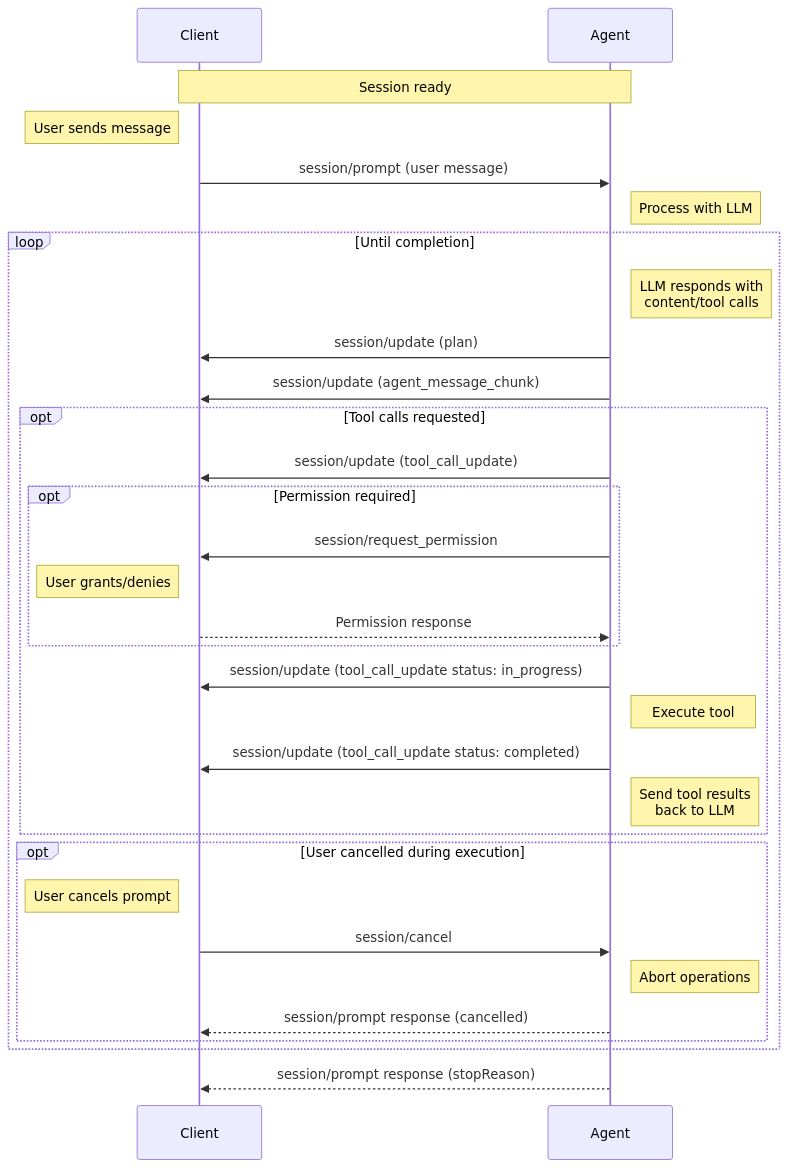
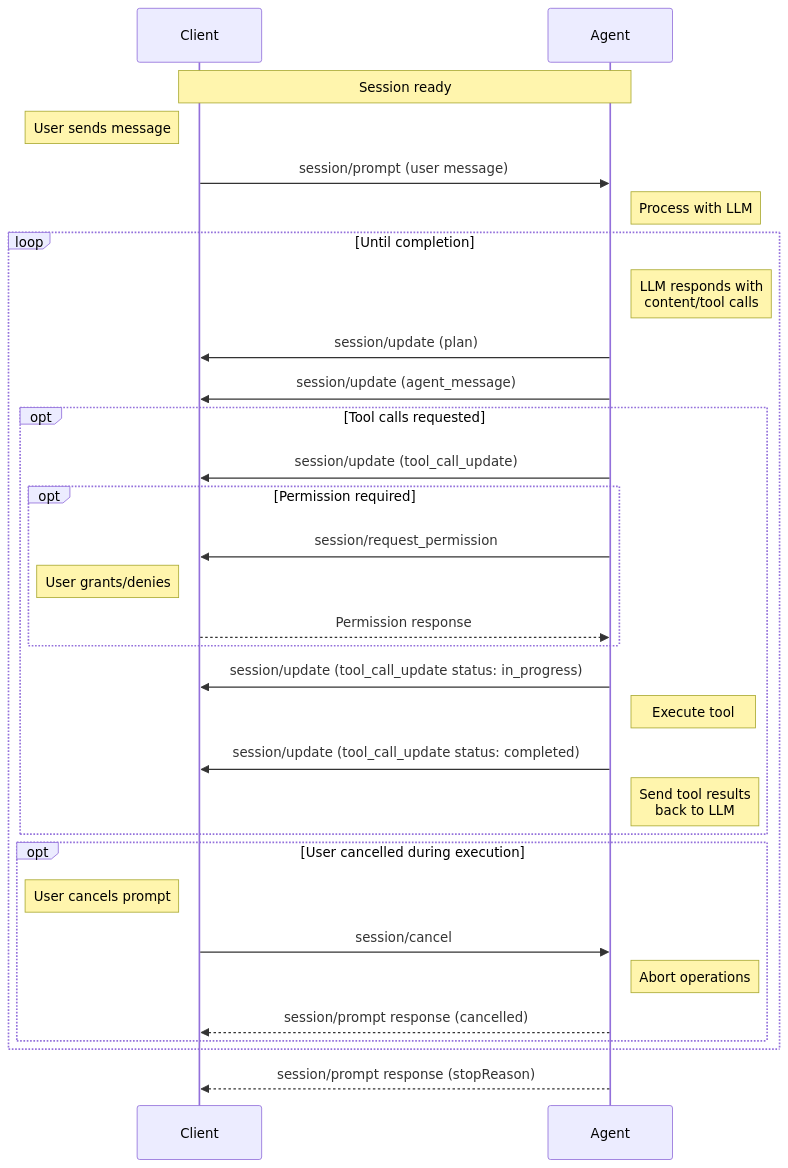
Before and after one commit to dayanruben/agent-client-protocol: the diagram in docs/protocol/v2/draft/prompt-turn.mdx, drawn with Mermaid. The commit also changed other lines of this file and 18 other files, not shown here.

First line of the commit message:
feat(unstable-v2): Add v2 whole-message session updates (#1396)

````diff
--- a/docs/protocol/v2/draft/prompt-turn.mdx
+++ b/docs/protocol/v2/draft/prompt-turn.mdx
@@ -16,40 +16,40 @@
 ```mermaid
 sequenceDiagram
     participant Client
     participant Agent
 
     Note over Agent,Client: Session ready
 
     Note left of Client: User sends message
     Client->>Agent: session/prompt (user message)
     Note right of Agent: Process with LLM
 
     loop Until completion
         Note right of Agent: LLM responds with<br/>content/tool calls
         Agent->>Client: session/update (plan)
-        Agent->>Client: session/update (agent_message_chunk)
+        Agent->>Client: session/update (agent_message)
 
         opt Tool calls requested
             Agent->>Client: session/update (tool_call_update)
             opt Permission required
                 Agent->>Client: session/request_permission
                 Note left of Client: User grants/denies
                 Client-->>Agent: Permission response
             end
             Agent->>Client: session/update (tool_call_update status: in_progress)
             Note right of Agent: Execute tool
             Agent->>Client: session/update (tool_call_update status: completed)
             Note right of Agent: Send tool results<br/>back to LLM
         end
 
       opt User cancelled during execution
           Note left of Client: User cancels prompt
           Client->>Agent: session/cancel
           Note right of Agent: Abort operations
           Agent-->>Client: session/prompt response (cancelled)
       end
     end
 
     Agent-->>Client: session/prompt response (stopReason)
 
 ```
````
